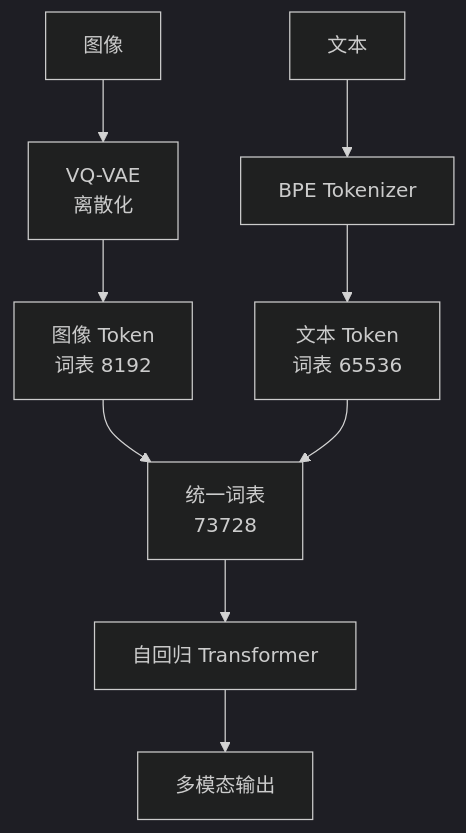
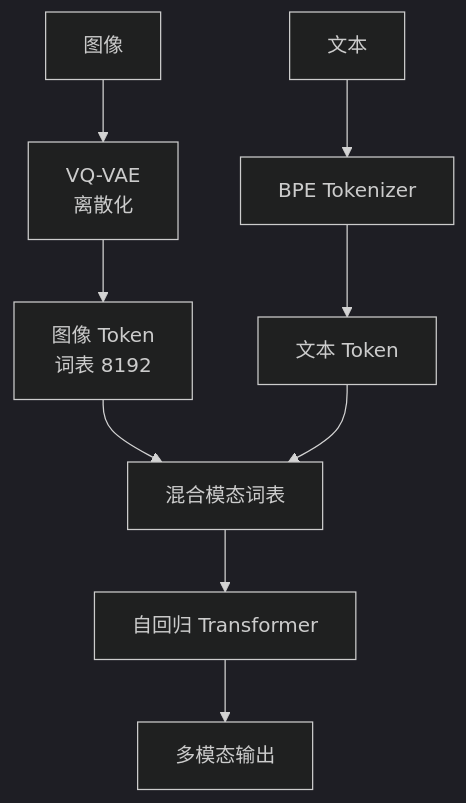
The fifth of 8 diagrams in docs/llms/multimodal/unified.md (likebeans/notes-on-llms), drawn with Mermaid (dark theme) before and after one commit. The commit also changed other lines of this file and 175 other files, not shown here.

````diff
--- a/docs/llms/multimodal/unified.md
+++ b/docs/llms/multimodal/unified.md
@@ -179,14 +178,14 @@
 ```mermaid
 flowchart TB
     IMG[图像] --> VQVAE[VQ-VAE\n离散化]
     VQVAE --> IT[图像 Token\n词表 8192]
     
     TXT[文本] --> BPE[BPE Tokenizer]
-    BPE --> TT[文本 Token\n词表 65536]
+    BPE --> TT[文本 Token]
     
-    IT --> MERGE[统一词表\n73728]
+    IT --> MERGE[混合模态词表]
     TT --> MERGE
     
     MERGE --> AR[自回归 Transformer]
     AR --> OUT[多模态输出]
 ```
````
